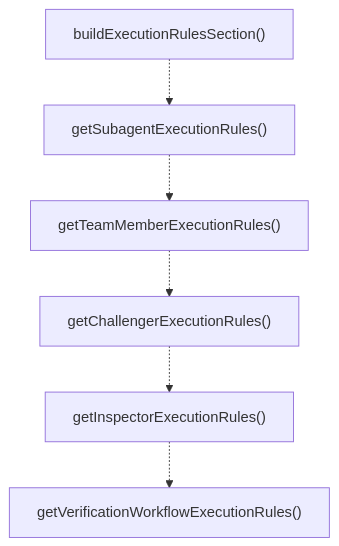
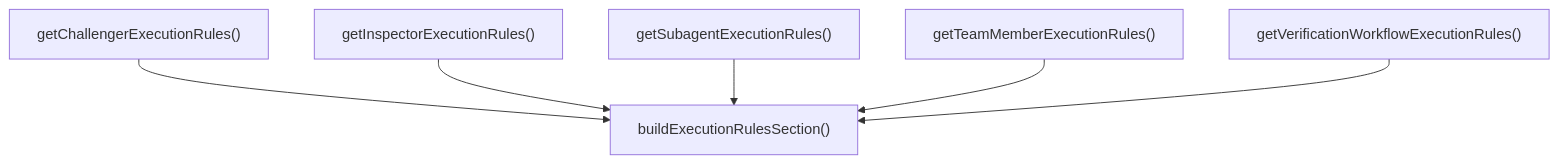
The second of 2 diagrams in ABDD/.pi/lib/execution-rules.md (Mekann2904/mekann), drawn with Mermaid before and after one commit. The commit also changed other lines of this file and 277 other files, not shown here.

````diff
--- a/ABDD/.pi/lib/execution-rules.md
+++ b/ABDD/.pi/lib/execution-rules.md
@@ -46,14 +46,14 @@
 ```mermaid
 flowchart TD
   buildExecutionRulesSection["buildExecutionRulesSection()"]
+  getChallengerExecutionRules["getChallengerExecutionRules()"]
+  getInspectorExecutionRules["getInspectorExecutionRules()"]
   getSubagentExecutionRules["getSubagentExecutionRules()"]
   getTeamMemberExecutionRules["getTeamMemberExecutionRules()"]
-  getChallengerExecutionRules["getChallengerExecutionRules()"]
-  getInspectorExecutionRules["getInspectorExecutionRules()"]
   getVerificationWorkflowExecutionRules["getVerificationWorkflowExecutionRules()"]
-  buildExecutionRulesSection -.-> getSubagentExecutionRules
-  getSubagentExecutionRules -.-> getTeamMemberExecutionRules
-  getTeamMemberExecutionRules -.-> getChallengerExecutionRules
-  getChallengerExecutionRules -.-> getInspectorExecutionRules
-  getInspectorExecutionRules -.-> getVerificationWorkflowExecutionRules
+  getChallengerExecutionRules --> buildExecutionRulesSection
+  getInspectorExecutionRules --> buildExecutionRulesSection
+  getSubagentExecutionRules --> buildExecutionRulesSection
+  getTeamMemberExecutionRules --> buildExecutionRulesSection
+  getVerificationWorkflowExecutionRules --> buildExecutionRulesSection
 ```
````
